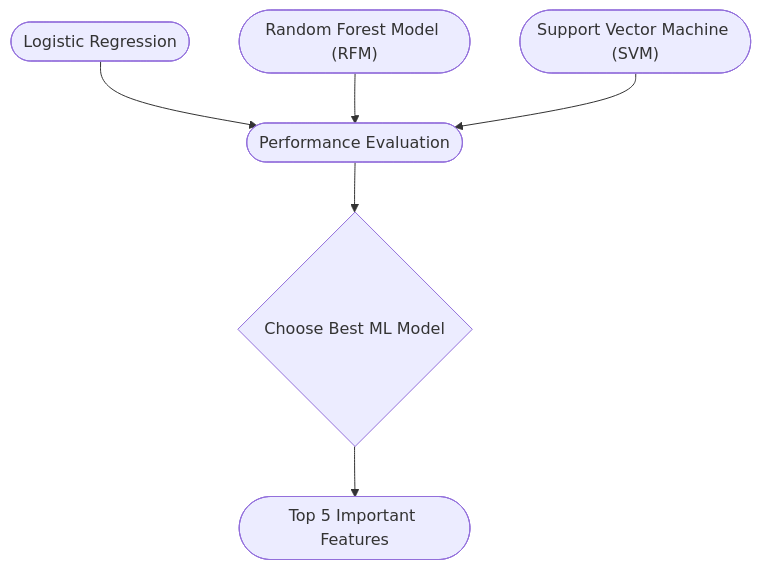
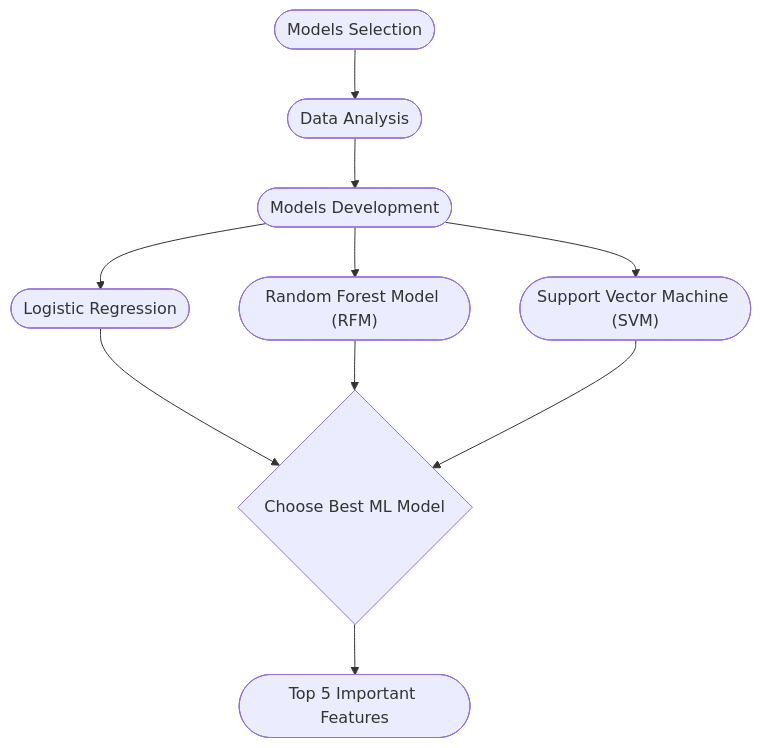
Before and after one commit to omaralfaqih6/breast_cancer_wisconsin: the diagram in README.md, drawn with Mermaid. The commit also changed other lines of this file, not shown here.

Commit message:
Modifying ReadMe File 13.

````diff
--- a/README.md
+++ b/README.md
@@ -57,13 +57,19 @@
 ```mermaid
 graph TD;
-    A(["Logistic Regression"]);
-    B(["Random Forest Model (RFM)"]);
-    C(["Support Vector Machine (SVM)"]);
-    D(["Performance Evaluation"]);
-    A-->D;
-    B-->D;
+    A(["Models Selection"]);
+    B(["Data Analysis"]);
+    C(["Models Development"]);
+    D(["Logistic Regression"]);
+    E(["Random Forest Model (RFM)"]);
+    F(["Support Vector Machine (SVM)"]);
+    A-->B;
+    B-->C;
     C-->D;
-    D-->E{"Choose Best ML Model"};
-    E-->F(["Top 5 Important Features"])
+    C-->E;
+    C-->F;
+    D-->G{"Choose Best ML Model"};
+    E-->G;
+    F-->G;
+    G-->H(["Top 5 Important Features"]);
     
 ```
````
